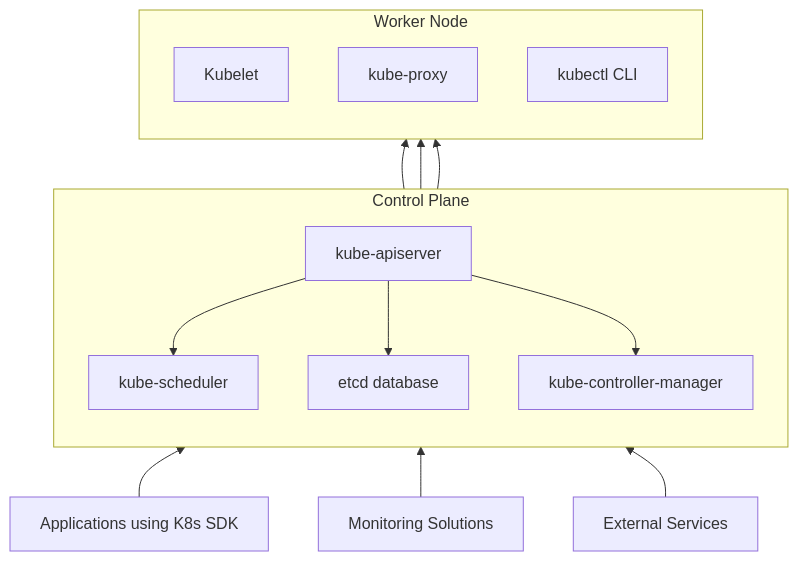
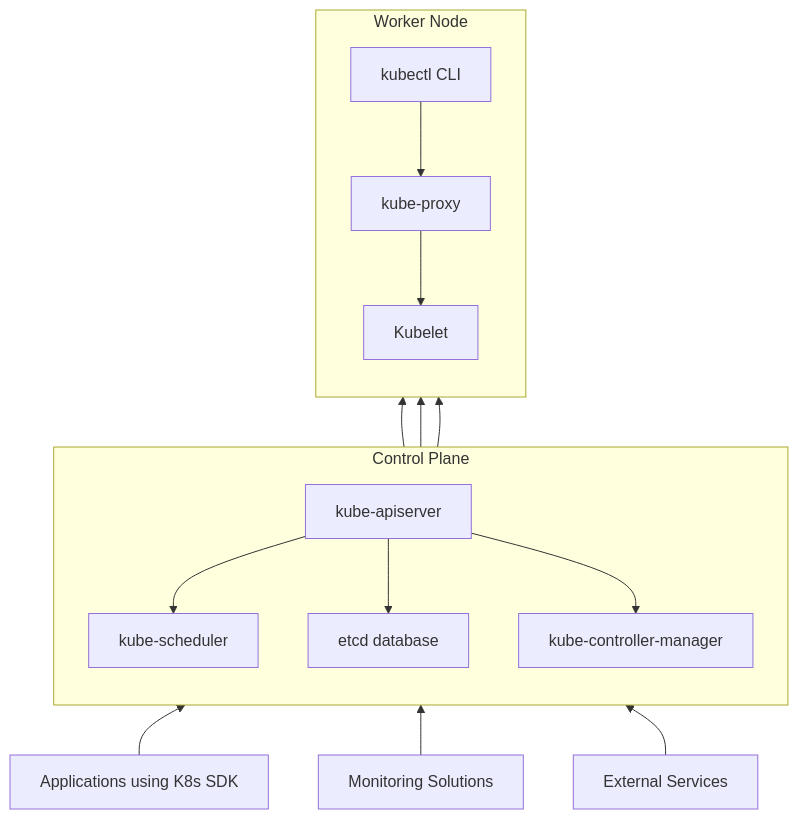
Before and after one commit to 007chiragshah/tucana: the first of 2 diagrams in Architecture_Overview.md, drawn with Mermaid.

````diff
--- a/Architecture_Overview.md
+++ b/Architecture_Overview.md
@@ -20,27 +20,28 @@
   ```mermaid 
   graph BT
     H[Applications using K8s SDK] --> A
     I[Monitoring Solutions] --> A
     J[External Services] --> A
 
     subgraph "Control Plane"
         direction TB
         A[kube-apiserver]
         B[kube-scheduler]
         C[etcd database]
         D[kube-controller-manager]
     end
 
     subgraph "Worker Node"
         direction TB
-        E[Kubelet] ; F[kube-proxy]
-        G[kubectl CLI]
+        E[Kubelet] 
+        F[kube-proxy] --> E
+        G[kubectl CLI] --> F
     end
 
     A --> B
     A --> C
     A --> D
     A --> E
     A --> F
     A --> G
   ```
````
